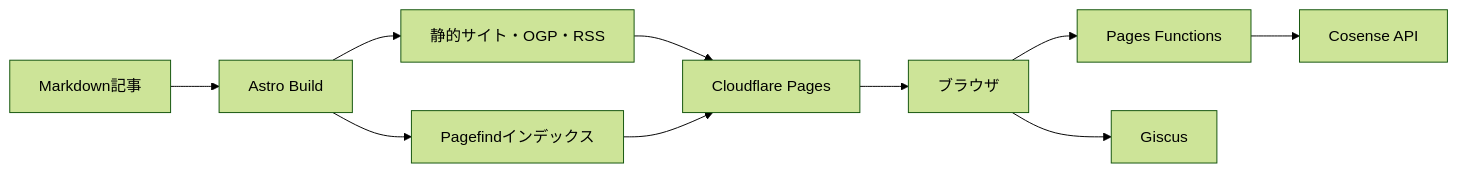
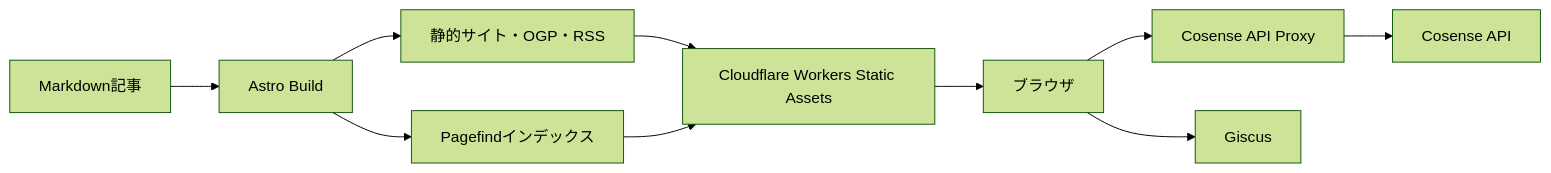
The diagram in README.md (KJR020/kjr020-blog), drawn with Mermaid (forest theme) before and after one commit. The commit also changed other lines of this file and 9 other files, not shown here.

````diff
--- a/README.md
+++ b/README.md
@@ -38,12 +38,12 @@
 ```mermaid
 graph LR
     M[Markdown記事] --> A[Astro Build]
     A --> D[静的サイト・OGP・RSS]
     A --> P[Pagefindインデックス]
-    D --> C[Cloudflare Pages]
+    D --> C[Cloudflare Workers Static Assets]
     P --> C
     C --> B[ブラウザ]
-    B --> F[Pages Functions]
+    B --> F[Cosense API Proxy]
     F --> S[Cosense API]
     B --> G[Giscus]
 ```
````
